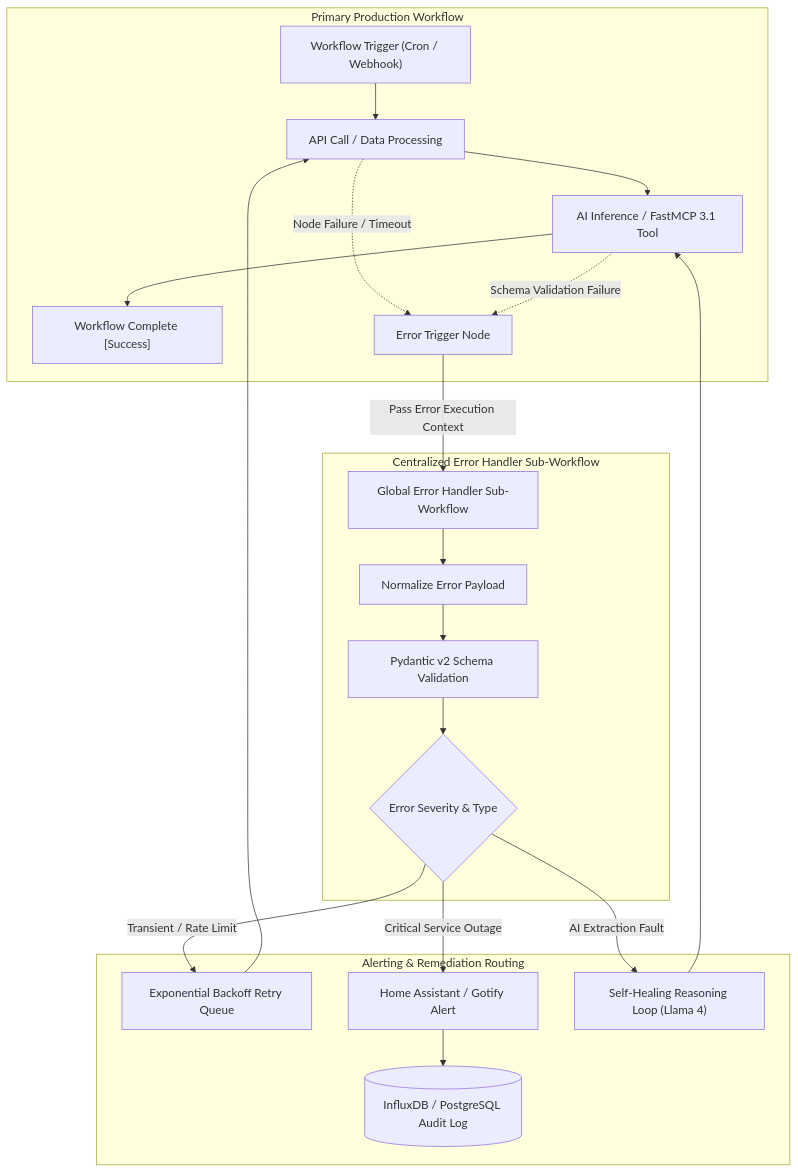
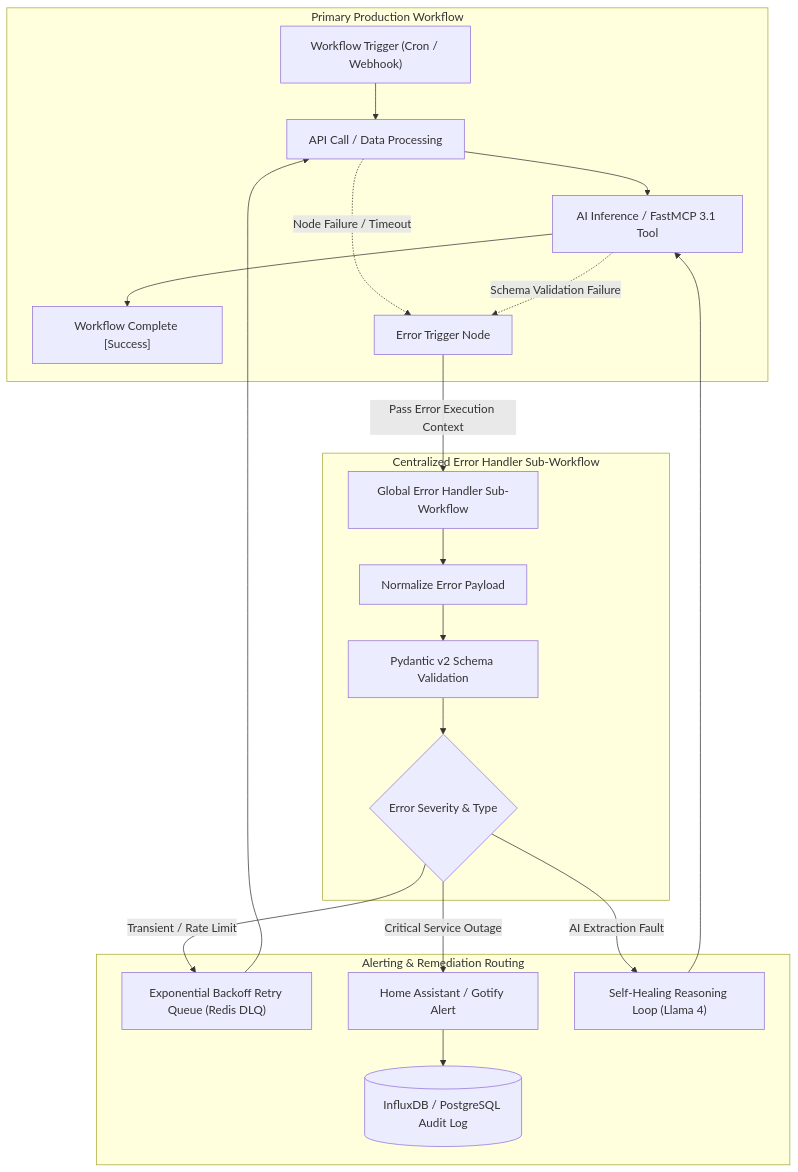
Before and after one commit to joanmarcriera/Home-office-automations: the diagram in docs/knowledge_base/patterns/n8n-error-handling.md, drawn with Mermaid. The commit also changed other lines of this file and 5 other files, not shown here.

````diff
--- a/docs/knowledge_base/patterns/n8n-error-handling.md
+++ b/docs/knowledge_base/patterns/n8n-error-handling.md
@@ -10,29 +10,29 @@
 ```mermaid
 flowchart TD
     subgraph PrimaryWorkflow["Primary Production Workflow"]
         Trigger["Workflow Trigger (Cron / Webhook)"] --> Action1["API Call / Data Processing"]
         Action1 --> Action2["AI Inference / FastMCP 3.1 Tool"]
         Action2 --> SuccessEnd["Workflow Complete [Success]"]
 
         Action1 -.->|Node Failure / Timeout| ErrNode["Error Trigger Node"]
         Action2 -.->|Schema Validation Failure| ErrNode
     end
 
     subgraph ErrorPipeline["Centralized Error Handler Sub-Workflow"]
         ErrNode -->|Pass Error Execution Context| ErrSubWF["Global Error Handler Sub-Workflow"]
         ErrSubWF --> Extract["Normalize Error Payload"]
         Extract --> Validate["Pydantic v2 Schema Validation"]
 
         Validate --> Router{"Error Severity & Type"}
     end
 
     subgraph Remediation_Alerting["Alerting & Remediation Routing"]
-        Router -->|Transient / Rate Limit| Retry["Exponential Backoff Retry Queue"]
+        Router -->|Transient / Rate Limit| Retry["Exponential Backoff Retry Queue (Redis DLQ)"]
         Router -->|Critical Service Outage| Alert["Home Assistant / Gotify Alert"]
         Router -->|AI Extraction Fault| SelfHeal["Self-Healing Reasoning Loop (Llama 4)"]
 
         Retry --> Action1
         SelfHeal --> Action2
         Alert --> AuditDB[(InfluxDB / PostgreSQL Audit Log)]
     end
 ```
````
